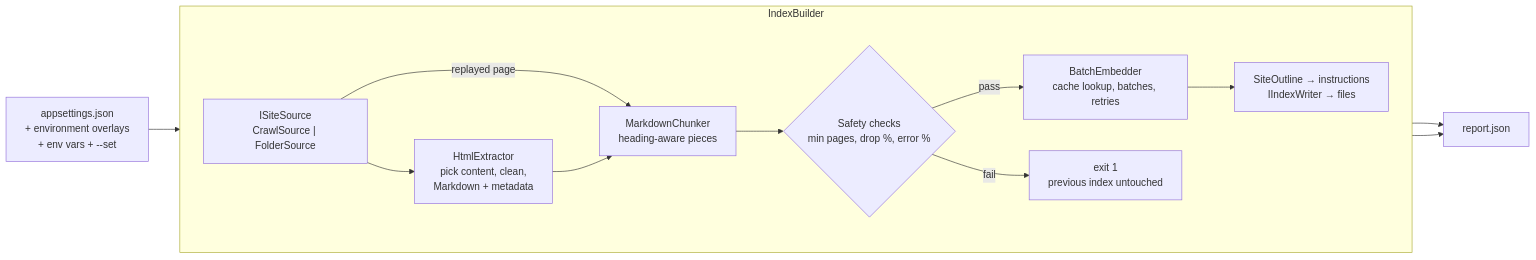
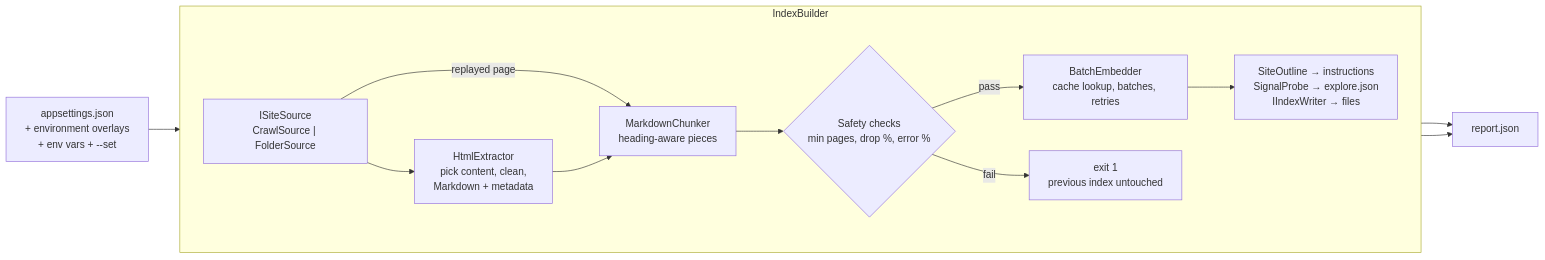
The sixth of 12 diagrams in docs/architecture.md (pournasserian/mcp-my-site), drawn with Mermaid before and after one commit. The commit also changed other lines of this file and 7 other files, not shown here.

Commit message:
Write the explore.json signal profile next to the index

````diff
--- a/docs/architecture.md
+++ b/docs/architecture.md
@@ -220,16 +220,16 @@
 ```mermaid
 flowchart LR
     Cfg["appsettings.json<br/>+ environment overlays<br/>+ env vars + --set"] --> Builder
     subgraph Builder["IndexBuilder"]
         direction LR
         Src["ISiteSource<br/>CrawlSource | FolderSource"] --> Ext["HtmlExtractor<br/>pick content, clean,<br/>Markdown + metadata"]
         Src -->|replayed page| Chk
         Ext --> Chk["MarkdownChunker<br/>heading-aware pieces"]
         Chk --> Safe{"Safety checks<br/>min pages, drop %, error %"}
         Safe -->|pass| Emb["BatchEmbedder<br/>cache lookup, batches, retries"]
-        Emb --> Out["SiteOutline → instructions<br/>IIndexWriter → files"]
+        Emb --> Out["SiteOutline → instructions<br/>SignalProbe → explore.json<br/>IIndexWriter → files"]
         Safe -->|fail| Stop["exit 1<br/>previous index untouched"]
     end
     Out --> Rep["report.json"]
     Stop --> Rep
 ```
````
